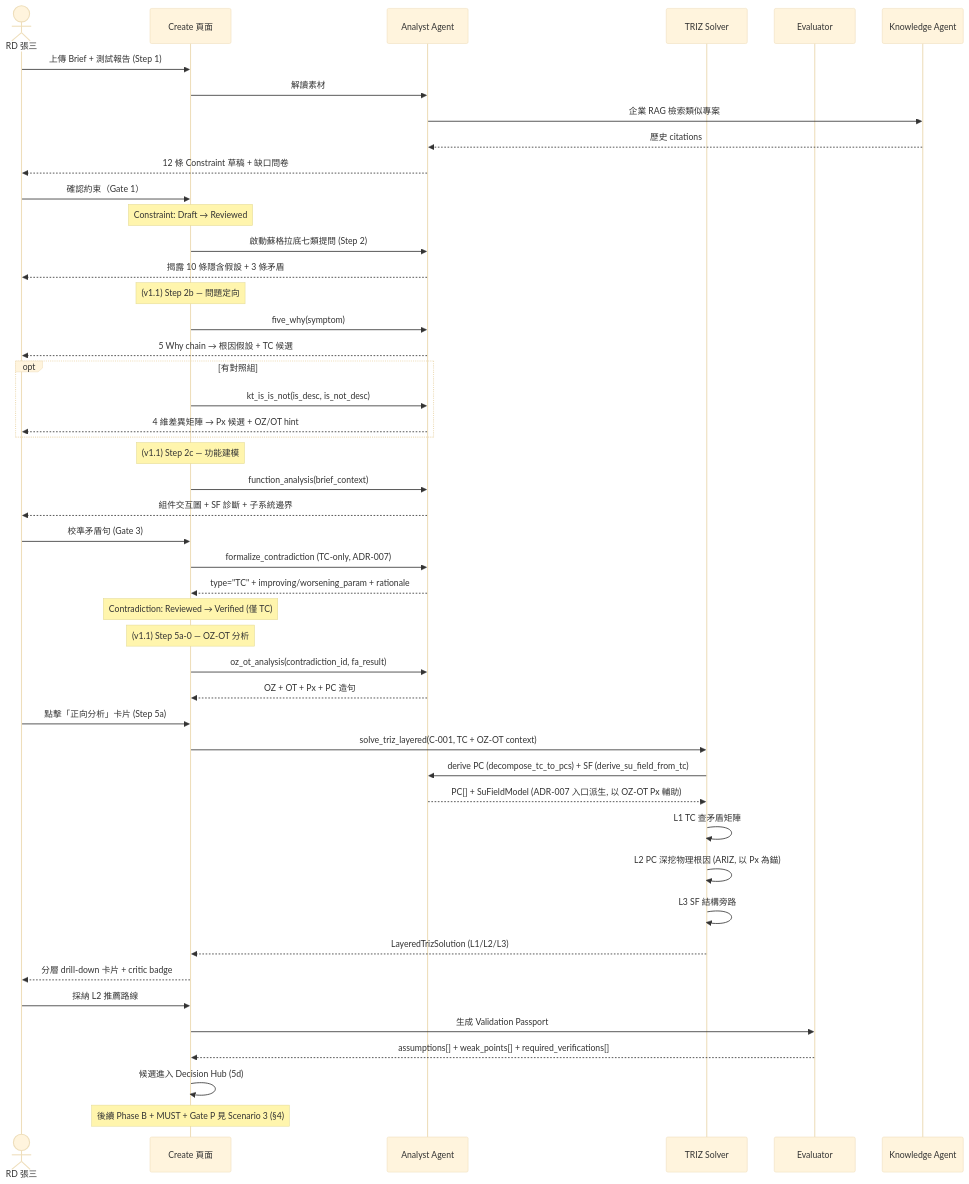
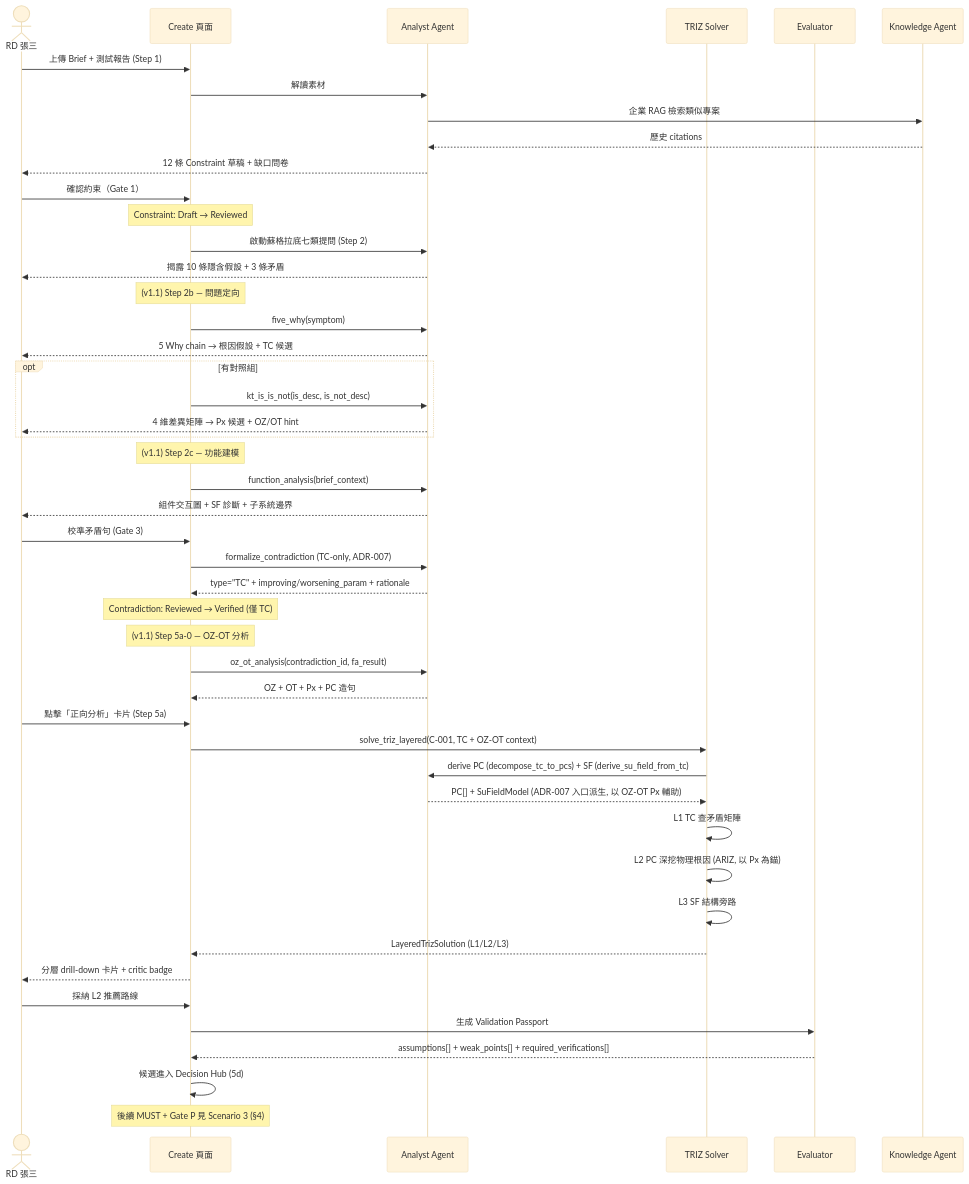
Before and after one commit to Zenobia0000/RD_copilot_system: the second of 5 diagrams in docs/01-define/E3--system-interaction-flow.md, drawn with Mermaid (base theme). The commit also changed other lines of this file and 10 other files, not shown here.

````diff
--- a/docs/01-define/E3--system-interaction-flow.md
+++ b/docs/01-define/E3--system-interaction-flow.md
@@ -79,59 +79,59 @@
 ```mermaid
 sequenceDiagram
     actor RD as RD 張三
     participant UI as Create 頁面
     participant AA as Analyst Agent
     participant TS as TRIZ Solver
     participant EV as Evaluator
     participant KB as Knowledge Agent
 
     RD->>UI: 上傳 Brief + 測試報告 (Step 1)
     UI->>AA: 解讀素材
     AA->>KB: 企業 RAG 檢索類似專案
     KB-->>AA: 歷史 citations
     AA-->>RD: 12 條 Constraint 草稿 + 缺口問卷
 
     RD->>UI: 確認約束（Gate 1）
     Note over UI: Constraint: Draft → Reviewed
 
     UI->>AA: 啟動蘇格拉底七類提問 (Step 2)
     AA-->>RD: 揭露 10 條隱含假設 + 3 條矛盾
 
     Note over UI: (v1.1) Step 2b — 問題定向
     UI->>AA: five_why(symptom)
     AA-->>RD: 5 Why chain → 根因假設 + TC 候選
     opt 有對照組
         UI->>AA: kt_is_is_not(is_desc, is_not_desc)
         AA-->>RD: 4 維差異矩陣 → Px 候選 + OZ/OT hint
     end
 
     Note over UI: (v1.1) Step 2c — 功能建模
     UI->>AA: function_analysis(brief_context)
     AA-->>RD: 組件交互圖 + SF 診斷 + 子系統邊界
 
     RD->>UI: 校準矛盾句 (Gate 3)
     UI->>AA: formalize_contradiction (TC-only, ADR-007)
     AA-->>UI: type="TC" + improving/worsening_param + rationale
     Note over UI: Contradiction: Reviewed → Verified (僅 TC)
 
     Note over UI: (v1.1) Step 5a-0 — OZ-OT 分析
     UI->>AA: oz_ot_analysis(contradiction_id, fa_result)
     AA-->>UI: OZ + OT + Px + PC 造句
 
     RD->>UI: 點擊「正向分析」卡片 (Step 5a)
     UI->>TS: solve_triz_layered(C-001, TC + OZ-OT context)
     TS->>AA: derive PC (decompose_tc_to_pcs) + SF (derive_su_field_from_tc)
     AA-->>TS: PC[] + SuFieldModel (ADR-007 入口派生, 以 OZ-OT Px 輔助)
     TS->>TS: L1 TC 查矛盾矩陣
     TS->>TS: L2 PC 深挖物理根因 (ARIZ, 以 Px 為錨)
     TS->>TS: L3 SF 結構旁路
     TS-->>UI: LayeredTrizSolution (L1/L2/L3)
     UI-->>RD: 分層 drill-down 卡片 + critic badge
 
     RD->>UI: 採納 L2 推薦路線
     UI->>EV: 生成 Validation Passport
     EV-->>UI: assumptions[] + weak_points[] + required_verifications[]
 
     UI->>UI: 候選進入 Decision Hub (5d)
-    Note over UI: 後續 Phase B + MUST + Gate P 見 Scenario 3 (§4)
+    Note over UI: 後續 MUST + Gate P 見 Scenario 3 (§4)
 ```
````
